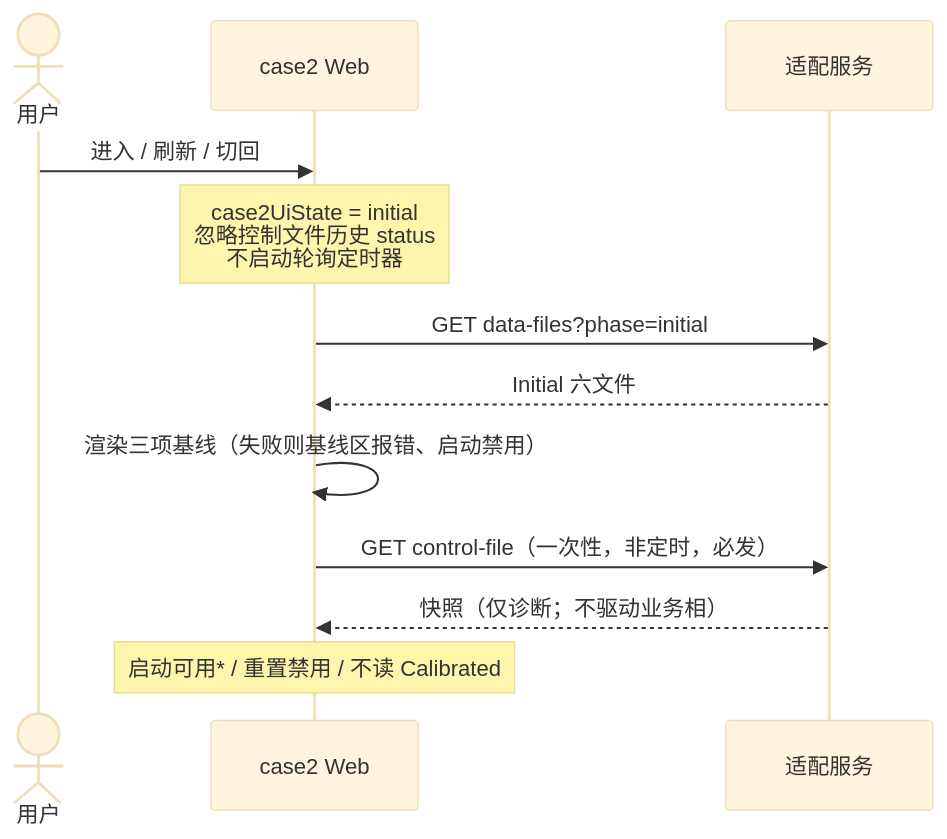
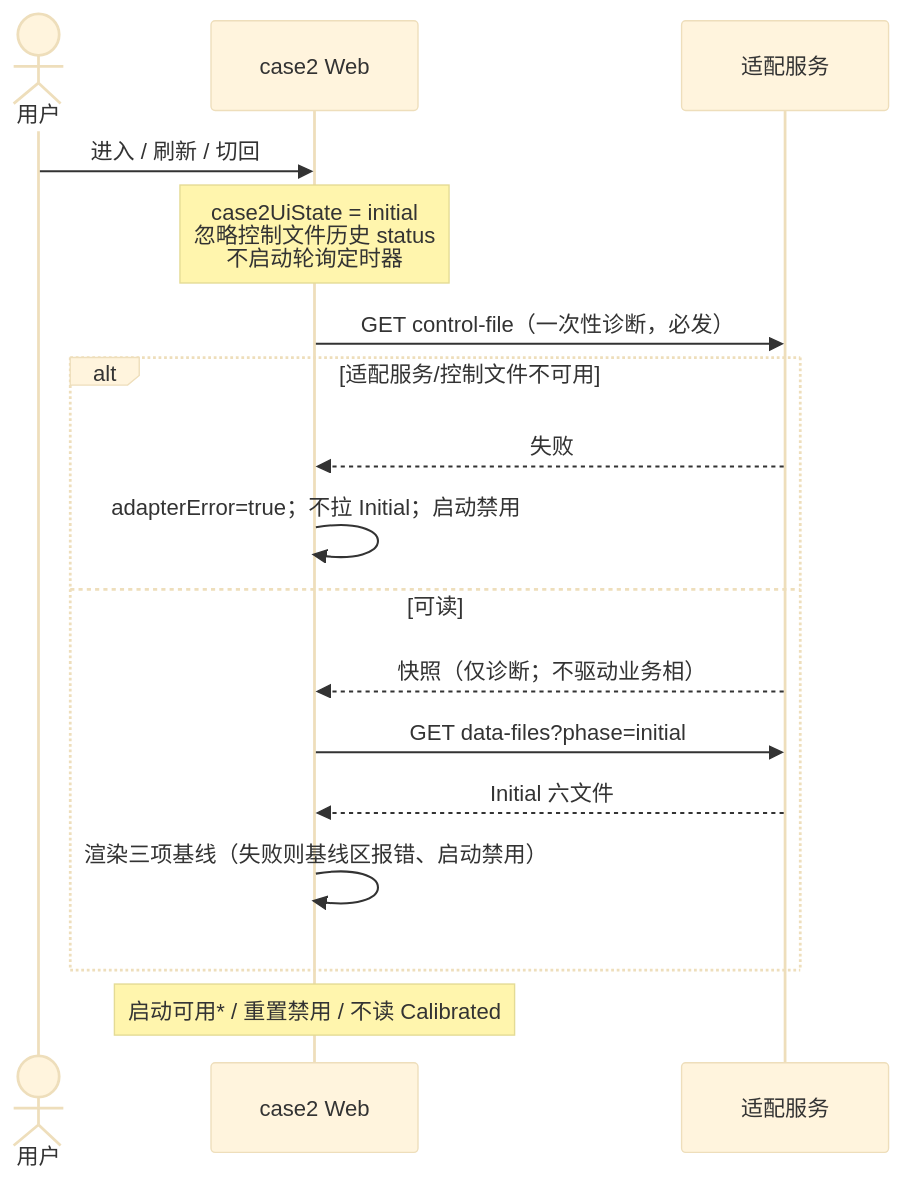
One commit to JackweiStud/2030-DT changed the second of 6 diagrams in doc/case2/WEB-SPEC.md. Above: the diagram before and after it, drawn with Mermaid (base theme). The commit also changed other lines of this file and 14 other files, not shown here.

First line of the commit message:
【case2代码检视和测试】 完善 case2 进页门闩与截图联调观测

````diff
--- a/doc/case2/WEB-SPEC.md
+++ b/doc/case2/WEB-SPEC.md
@@ -126,15 +130,20 @@
 ```mermaid
 sequenceDiagram
   actor User as 用户
   participant UI as case2 Web
   participant Node as 适配服务
 
   User->>UI: 进入 / 刷新 / 切回
   Note over UI: case2UiState = initial<br/>忽略控制文件历史 status<br/>不启动轮询定时器
-  UI->>Node: GET data-files?phase=initial
-  Node-->>UI: Initial 六文件
-  UI->>UI: 渲染三项基线（失败则基线区报错、启动禁用）
-  UI->>Node: GET control-file（一次性，非定时，必发）
-  Node-->>UI: 快照（仅诊断；不驱动业务相）
+  UI->>Node: GET control-file（一次性诊断，必发）
+  alt 适配服务/控制文件不可用
+    Node-->>UI: 失败
+    UI->>UI: adapterError=true；不拉 Initial；启动禁用
+  else 可读
+    Node-->>UI: 快照（仅诊断；不驱动业务相）
+    UI->>Node: GET data-files?phase=initial
+    Node-->>UI: Initial 六文件
+    UI->>UI: 渲染三项基线（失败则基线区报错、启动禁用）
+  end
   Note over UI: 启动可用* / 重置禁用 / 不读 Calibrated
 ```
````
